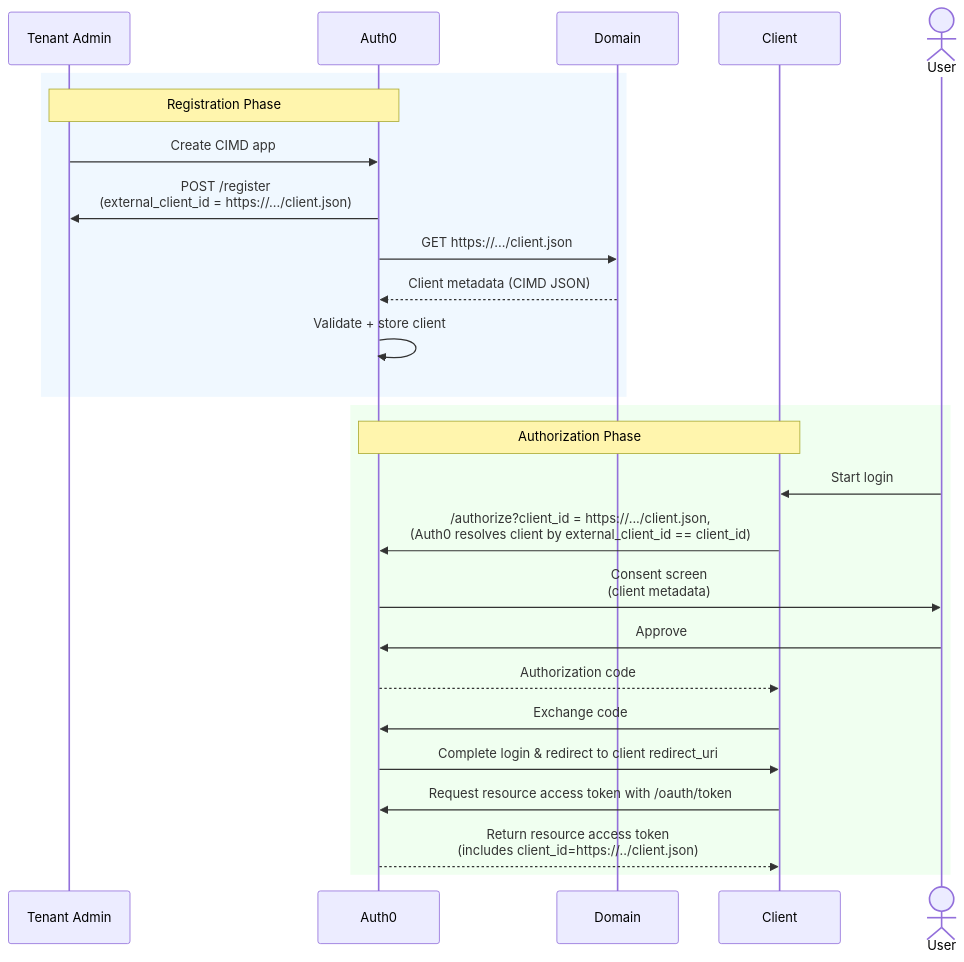
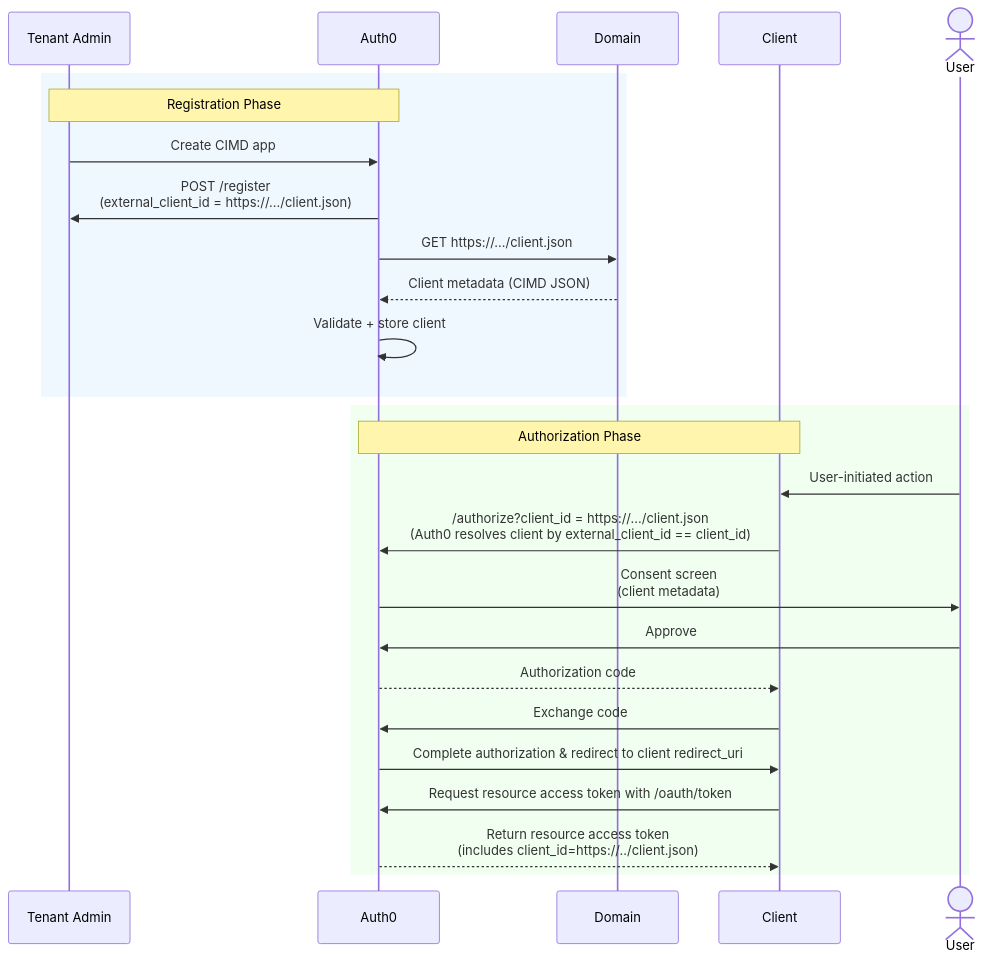
One commit to auth0/docs-v2 changed the diagram in main/docs/get-started/auth0-overview/create-applications/register-applications-with-cimd.mdx. Above: the diagram before and after it, drawn with Mermaid. The commit also changed other lines of this file and 2 other files, not shown here.

````diff
--- a/main/docs/get-started/auth0-overview/create-applications/register-applications-with-cimd.mdx
+++ b/main/docs/get-started/auth0-overview/create-applications/register-applications-with-cimd.mdx
@@ -57,34 +63,30 @@
 ```mermaid
+%%{init: { "sequence": { "mirrorActors": true }}}%%
 sequenceDiagram
-    %%{init: { "sequence": { "mirrorActors": true }}}%%
-
     rect rgb(240, 248, 255)
     Note over Tenant Admin,Auth0: Registration Phase
     participant Tenant Admin
     participant Auth0
     participant Domain
-
     Tenant Admin->>Auth0: Create CIMD app
     Auth0->>Tenant Admin: POST /register<br/>(external_client_id = https://.../client.json)
     Auth0->>Domain: GET https://.../client.json
     Domain-->>Auth0: Client metadata (CIMD JSON)
     Auth0->>Auth0: Validate + store client
     end
-
     rect rgb(240, 255, 240)
     Note over Client,Auth0: Authorization Phase
     actor User
     participant Client
     participant Auth0
-
-    User->>Client: Start login
-    Client->>Auth0: /authorize?client_id = https://.../client.json,<br/>(Auth0 resolves client by external_client_id == client_id)
+    User->>Client: User-initiated action
+    Client->>Auth0: /authorize?client_id = https://.../client.json<br/>(Auth0 resolves client by external_client_id == client_id)
     Auth0->>User: Consent screen<br/>(client metadata)
     User->>Auth0: Approve
     Auth0-->>Client: Authorization code
     Client->>Auth0: Exchange code
-    Auth0->>Client: Complete login & redirect to client redirect_uri
+    Auth0->>Client: Complete authorization & redirect to client redirect_uri
     Client->>Auth0: Request resource access token with /oauth/token
-    Auth0-->>Client: Return resource access token <br/> (includes client_id=https://../client.json)
+    Auth0-->>Client: Return resource access token<br/>(includes client_id=https://../client.json)
     end
 ```
````
